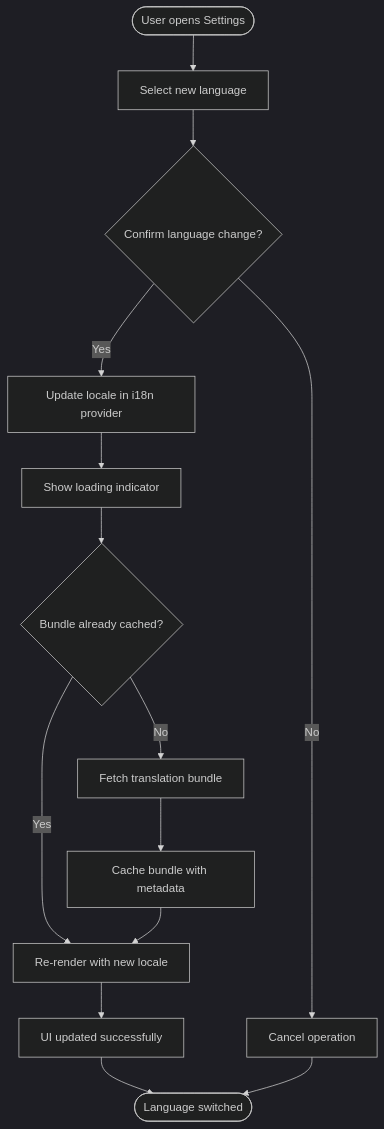
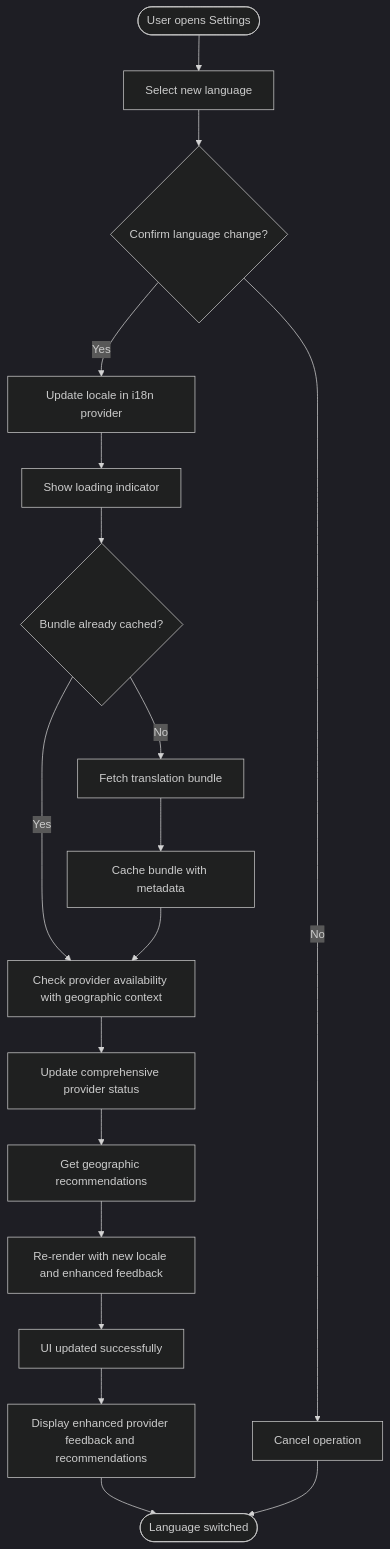
One commit to zmyeo54/briefroom changed the fourth of 5 diagrams in .qoder/repowiki/en/content/Utility Libraries/Internationalization (i18n).md. Above: the diagram before and after it, drawn with Mermaid (dark theme). The commit also changed other lines of this file and 42 other files, not shown here.

````diff
--- a/.qoder/repowiki/en/content/Utility Libraries/Internationalization (i18n).md
+++ b/.qoder/repowiki/en/content/Utility Libraries/Internationalization (i18n).md
@@ -268,16 +309,20 @@
 ```mermaid
 flowchart TD
 Start(["User opens Settings"]) --> Select["Select new language"]
 Select --> Confirm{"Confirm language change?"}
 Confirm --> |Yes| Update["Update locale in i18n provider"]
 Confirm --> |No| Cancel["Cancel operation"]
 Update --> ShowLoading["Show loading indicator"]
 ShowLoading --> Reload{"Bundle already cached?"}
-Reload --> |Yes| ReRender["Re-render with new locale"]
+Reload --> |Yes| CheckProviders["Check provider availability with geographic context"]
 Reload --> |No| Fetch["Fetch translation bundle"]
+CheckProviders --> ProviderStatus["Update comprehensive provider status"]
+ProviderStatus --> GeoRecs["Get geographic recommendations"]
+GeoRecs --> ReRender["Re-render with new locale and enhanced feedback"]
 Fetch --> Cache["Cache bundle with metadata"]
-Cache --> ReRender
+Cache --> CheckProviders
 ReRender --> Success["UI updated successfully"]
-Success --> End(["Language switched"])
+Success --> DisplayFeedback["Display enhanced provider feedback and recommendations"]
+DisplayFeedback --> End(["Language switched"])
 Cancel --> End
 ```
````
